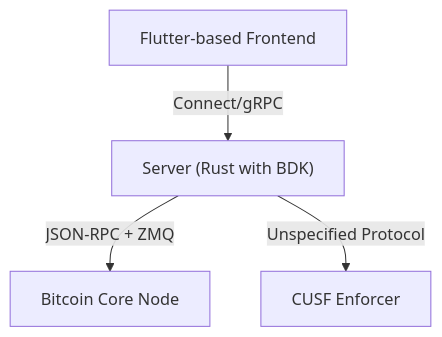
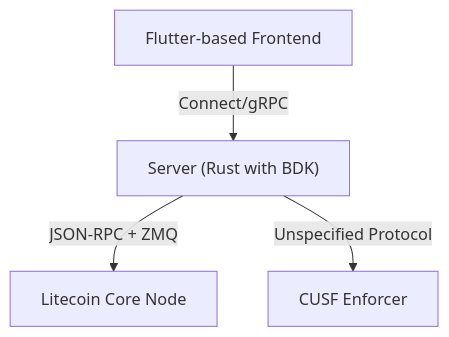
The second of 2 diagrams in litwindow/server/README.md (LiteVerseHoldings/drivechain-litwindow), drawn with Mermaid before and after one commit. The commit also changed other lines of this file and 184 other files, not shown here.

````diff
--- a/litwindow/server/README.md
+++ b/litwindow/server/README.md
@@ -108,6 +107,6 @@
 ```mermaid
 graph TD;
     A[Flutter-based Frontend] -->|Connect/gRPC| B["Server (Rust with BDK)"];
-    B -->|JSON-RPC + ZMQ| C[Bitcoin Core Node];
+    B -->|JSON-RPC + ZMQ| C[Litecoin Core Node];
     B -->|Unspecified Protocol| D[CUSF Enforcer];
 ```
````
